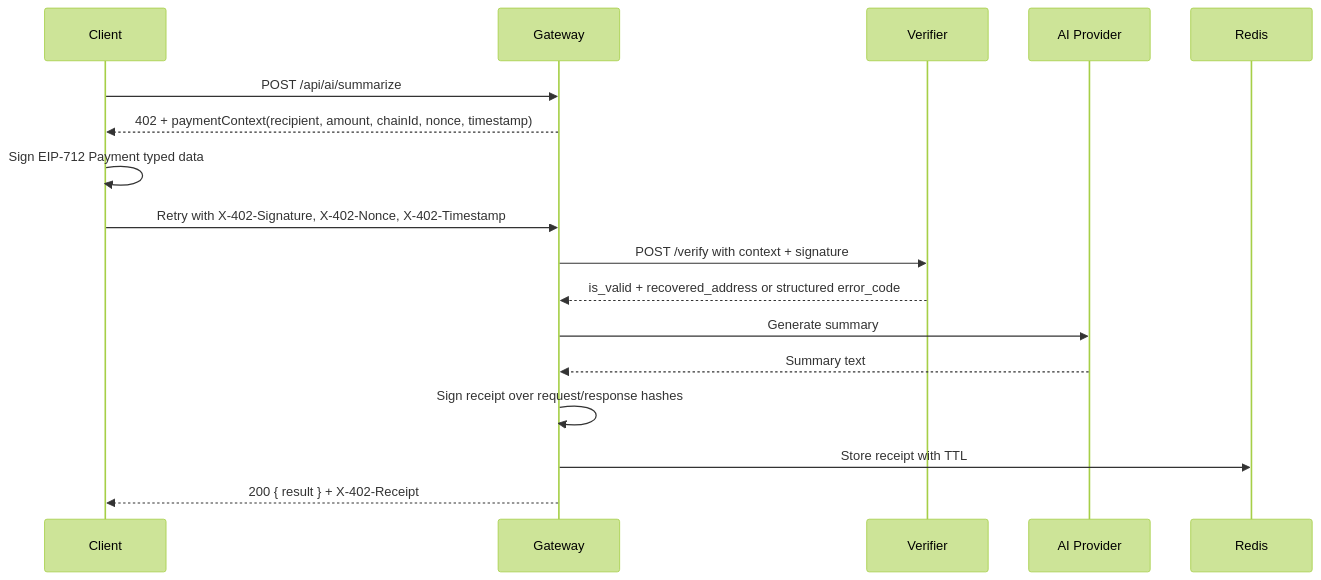
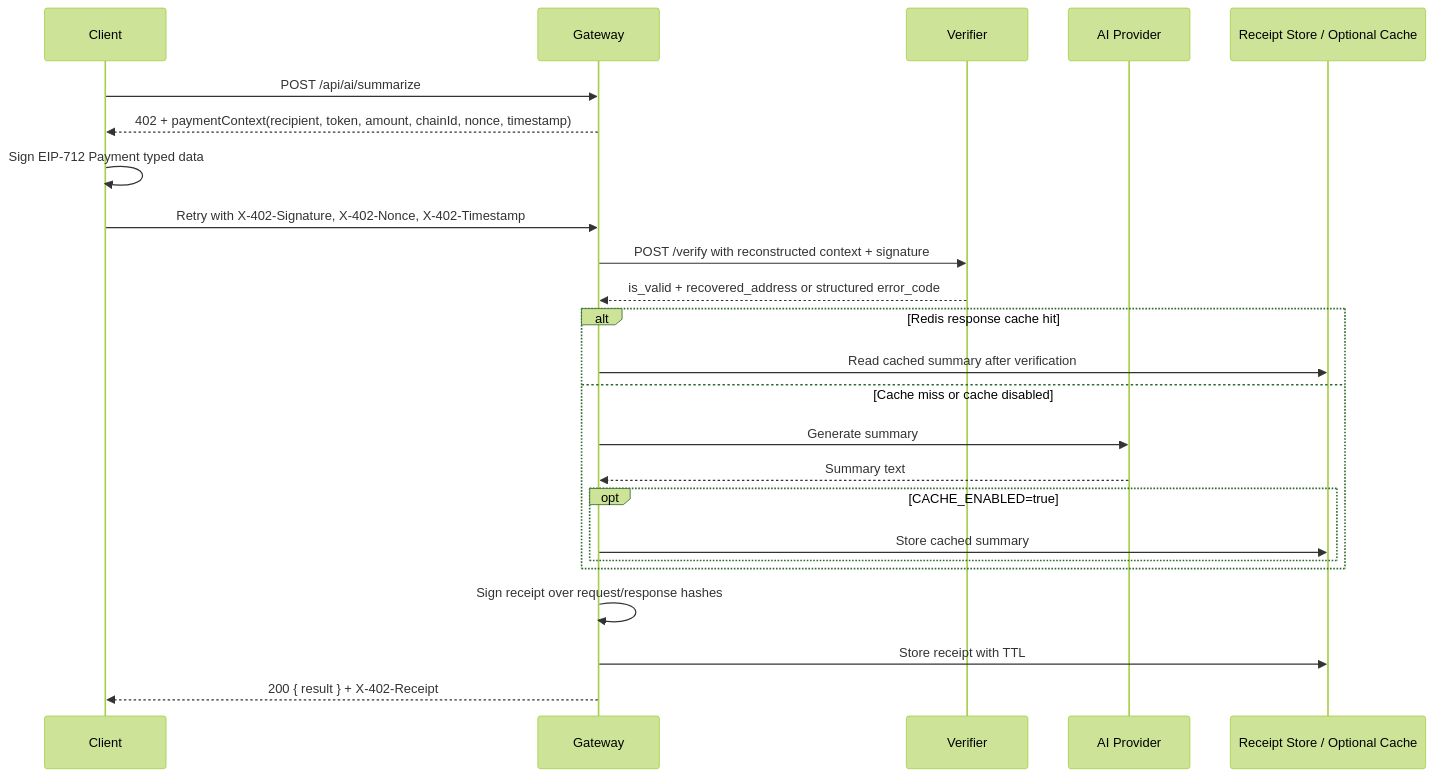
The third of 4 diagrams in README.md (karuna-1/MicroAI-Paygate), drawn with Mermaid (forest theme) before and after one commit. The commit also changed other lines of this file and 2 other files, not shown here.

Commit message:
docs(readme): align diagrams with current architecture

````diff
--- a/README.md
+++ b/README.md
@@ -139,20 +148,27 @@
 ```mermaid
 sequenceDiagram
     participant C as Client
     participant G as Gateway
     participant V as Verifier
     participant A as AI Provider
-    participant R as Redis
+    participant R as Receipt Store / Optional Cache
 
     C->>G: POST /api/ai/summarize
-    G-->>C: 402 + paymentContext(recipient, amount, chainId, nonce, timestamp)
+    G-->>C: 402 + paymentContext(recipient, token, amount, chainId, nonce, timestamp)
     C->>C: Sign EIP-712 Payment typed data
     C->>G: Retry with X-402-Signature, X-402-Nonce, X-402-Timestamp
-    G->>V: POST /verify with context + signature
+    G->>V: POST /verify with reconstructed context + signature
     V-->>G: is_valid + recovered_address or structured error_code
-    G->>A: Generate summary
-    A-->>G: Summary text
+    alt Redis response cache hit
+      G->>R: Read cached summary after verification
+    else Cache miss or cache disabled
+      G->>A: Generate summary
+      A-->>G: Summary text
+      opt CACHE_ENABLED=true
+        G->>R: Store cached summary
+      end
+    end
     G->>G: Sign receipt over request/response hashes
     G->>R: Store receipt with TTL
     G-->>C: 200 { result } + X-402-Receipt
 ```
````
